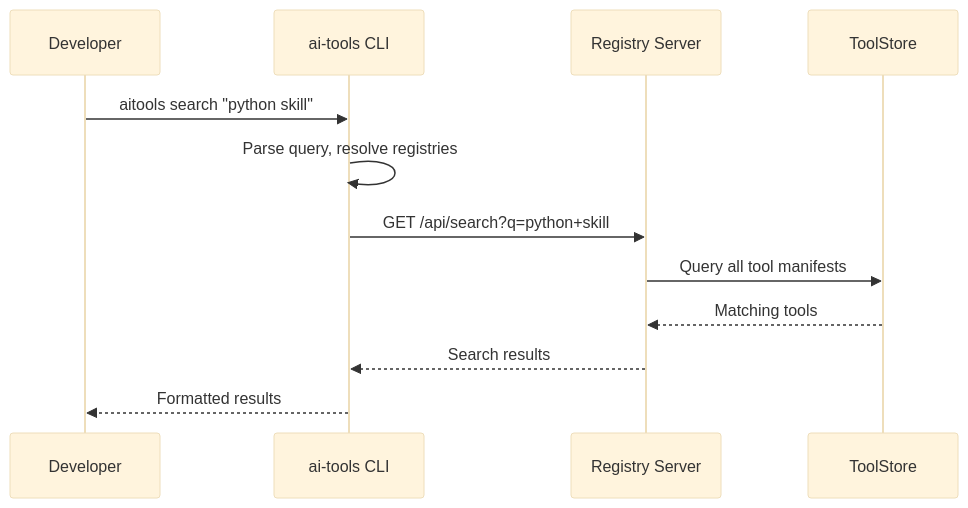
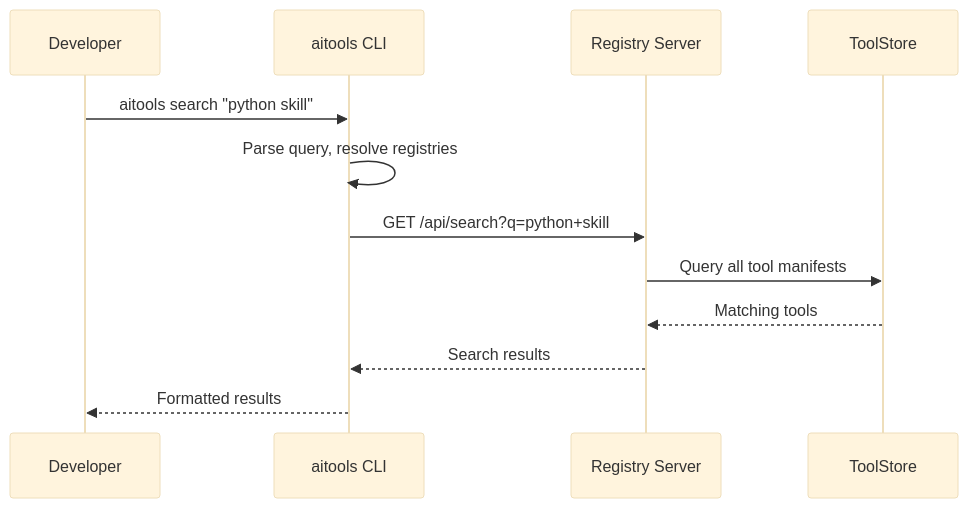
The fourth of 4 diagrams in docs/design/system-architecture.md (bitgenetics/aitools), drawn with Mermaid (base theme) before and after one commit. The commit also changed other lines of this file and 132 other files, not shown here.

First line of the commit message:
refactor: rebrand to aitools CLI and @aitools/* packages

````diff
--- a/docs/design/system-architecture.md
+++ b/docs/design/system-architecture.md
@@ -136,15 +136,15 @@
 ```mermaid
 sequenceDiagram
     participant Dev as Developer
-    participant CLI as ai-tools CLI
+    participant CLI as aitools CLI
     participant Registry as Registry Server
     participant Store as ToolStore
 
     Dev->>CLI: aitools search "python skill"
     CLI->>CLI: Parse query, resolve registries
     CLI->>Registry: GET /api/search?q=python+skill
     Registry->>Store: Query all tool manifests
     Store-->>Registry: Matching tools
     Registry-->>CLI: Search results
     CLI-->>Dev: Formatted results
 ```
````
